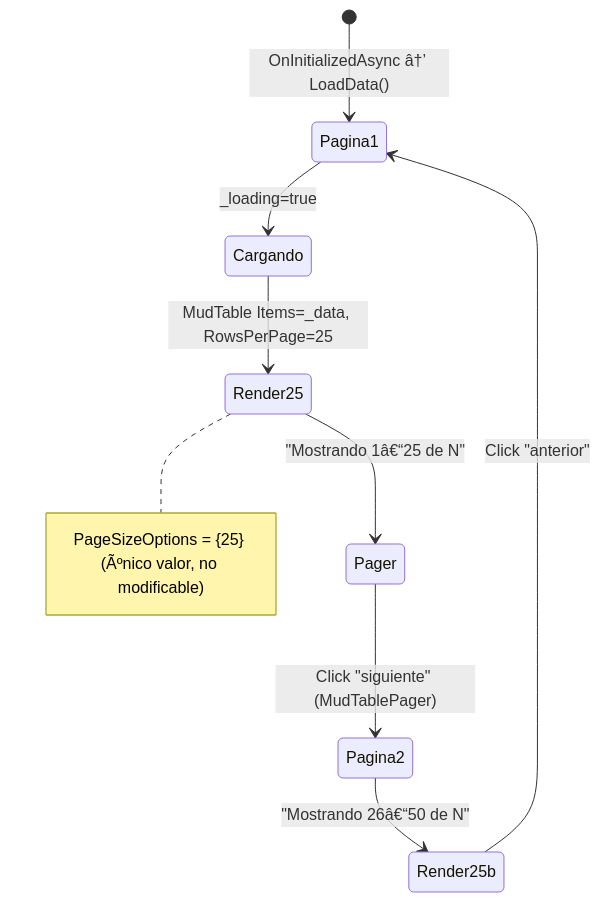
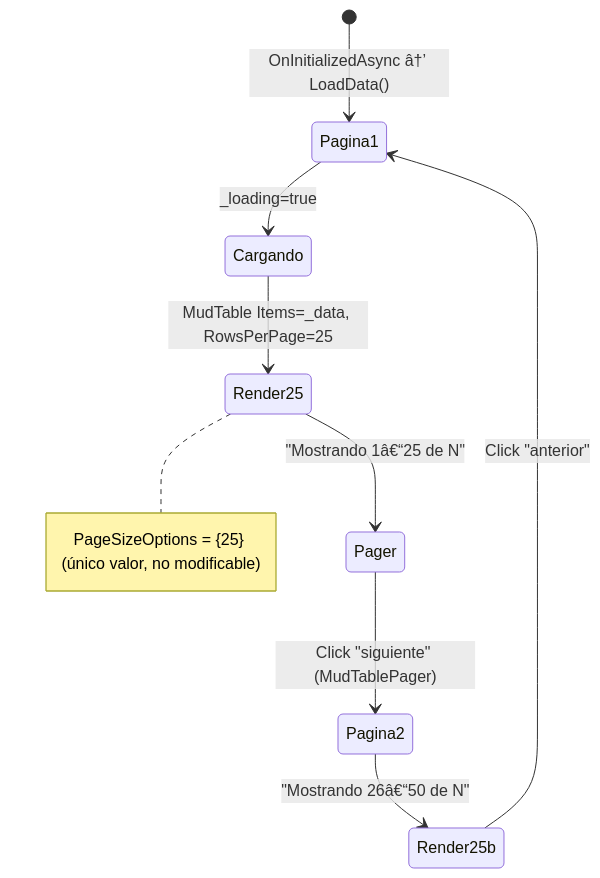
The fifth of 11 diagrams in docs/diagramas.md (adrian-silva-uy/guarino), drawn with Mermaid before and after one commit. The commit also changed other lines of this file and 21 other files, not shown here.

````diff
--- a/docs/diagramas.md
+++ b/docs/diagramas.md
@@ -162,11 +162,11 @@
 ```mermaid
 stateDiagram-v2
     [*] --> Pagina1: OnInitializedAsync â†’ LoadData()
     Pagina1 --> Cargando: _loading=true
     Cargando --> Render25: MudTable Items=_data, RowsPerPage=25
     Render25 --> Pager: "Mostrando 1â€“25 de N"
     Pager --> Pagina2: Click "siguiente" (MudTablePager)
     Pagina2 --> Render25b: "Mostrando 26â€“50 de N"
     Render25b --> Pagina1: Click "anterior"
-    Note right of Render25: PageSizeOptions = {25} (Ãºnico valor, no modificable)
+    Note right of Render25: PageSizeOptions = {25} (único valor, no modificable)
 ```
````
